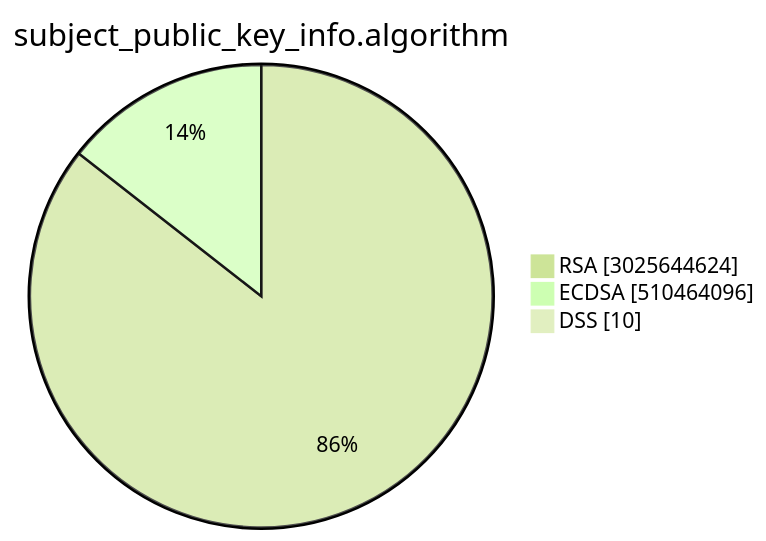
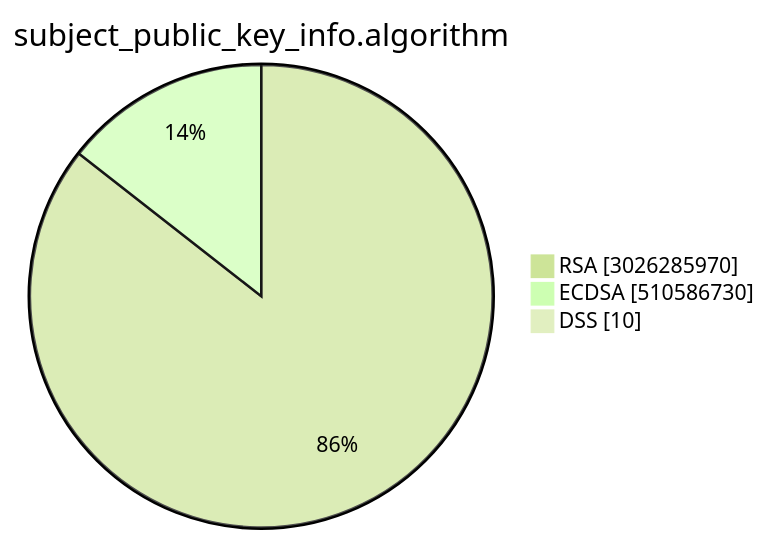
Before and after one commit to christiankrug/ctmonitor_visualization: the second of 15 diagrams in TOTAL/README.md, drawn with Mermaid (forest theme). The commit also changed other lines of this file, not shown here.

````diff
--- a/TOTAL/README.md
+++ b/TOTAL/README.md
@@ -6,7 +6,7 @@
 ```mermaid
 pie showData
 title subject_public_key_info.algorithm
-"RSA" :3025644624
-"ECDSA" :510464096
+"RSA" :3026285970
+"ECDSA" :510586730
 "DSS" :10
 ```
````
